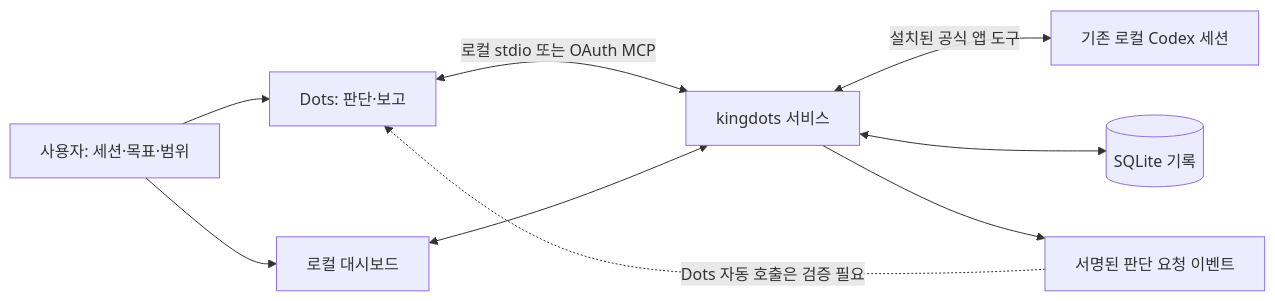
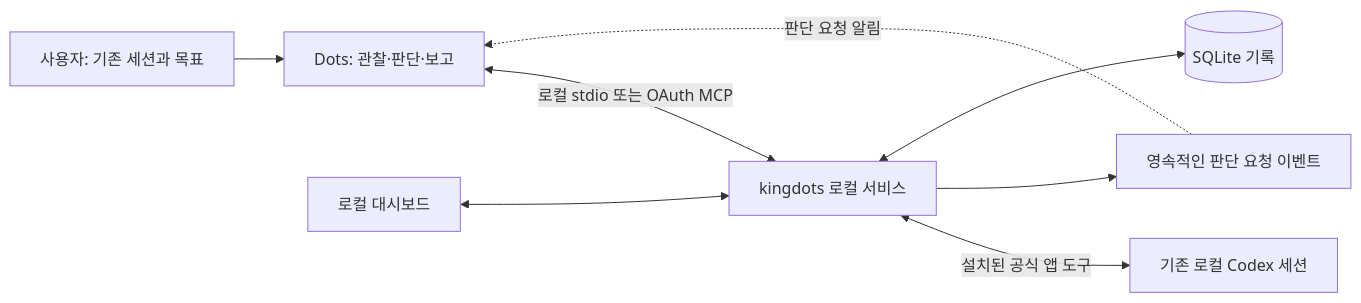
One commit to OtterHelm/kingdots changed the diagram in docs/README.ko.md. Above: the diagram before and after it, drawn with Mermaid. The commit also changed other lines of this file and 21 other files, not shown here.

````diff
--- a/docs/README.ko.md
+++ b/docs/README.ko.md
@@ -43,11 +42,10 @@
 ```mermaid
 flowchart LR
-    U[사용자: 세션·목표·범위] --> D[Dots: 판단·보고]
-    U --> W[로컬 대시보드]
-    D <-->|로컬 stdio 또는 OAuth MCP| K[kingdots 서비스]
-    W <--> K
+    U[사용자: 기존 세션과 목표] --> D[Dots: 관찰·판단·보고]
+    D <-->|로컬 stdio 또는 OAuth MCP| K[kingdots 로컬 서비스]
     K <-->|설치된 공식 앱 도구| S[기존 로컬 Codex 세션]
+    K --> E[영속적인 판단 요청 이벤트]
+    E -. 판단 요청 알림 .-> D
     K <--> DB[(SQLite 기록)]
-    K --> E[서명된 판단 요청 이벤트]
-    E -. Dots 자동 호출은 검증 필요 .-> D
+    W[로컬 대시보드] <--> K
 ```
````
